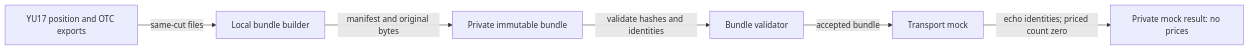
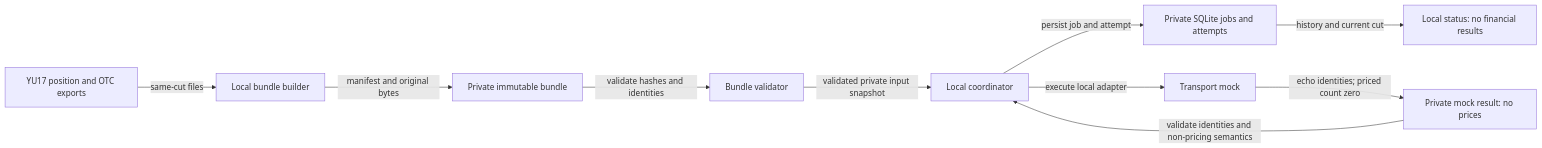
The diagram in specs/YU18-eod-risk-bundles/system/architecture.md (YU-CS-Summer-2026-Distributed-TraderX/traderX), drawn with Mermaid before and after one commit. The commit also changed other lines of this file and 22 other files, not shown here.

Commit message:
feat(YU18): add durable local EOD mock coordinator

````diff
--- a/specs/YU18-eod-risk-bundles/system/architecture.md
+++ b/specs/YU18-eod-risk-bundles/system/architecture.md
@@ -11,14 +11,21 @@
 ```mermaid
 flowchart LR
   exports["YU17 position and OTC exports"]
   builder["Local bundle builder"]
   bundle["Private immutable bundle"]
   validator["Bundle validator"]
   mock["Transport mock"]
   result["Private mock result: no prices"]
+  coordinator["Local coordinator"]
+  jobs["Private SQLite jobs and attempts"]
+  status["Local status: no financial results"]
   exports -->|"same-cut files"| builder
   builder -->|"manifest and original bytes"| bundle
   bundle -->|"validate hashes and identities"| validator
-  validator -->|"accepted bundle"| mock
   mock -->|"echo identities; priced count zero"| result
+  validator -->|"validated private input snapshot"| coordinator
+  coordinator -->|"persist job and attempt"| jobs
+  coordinator -->|"execute local adapter"| mock
+  result -->|"validate identities and non-pricing semantics"| coordinator
+  jobs -->|"history and current cut"| status
 ```
````
